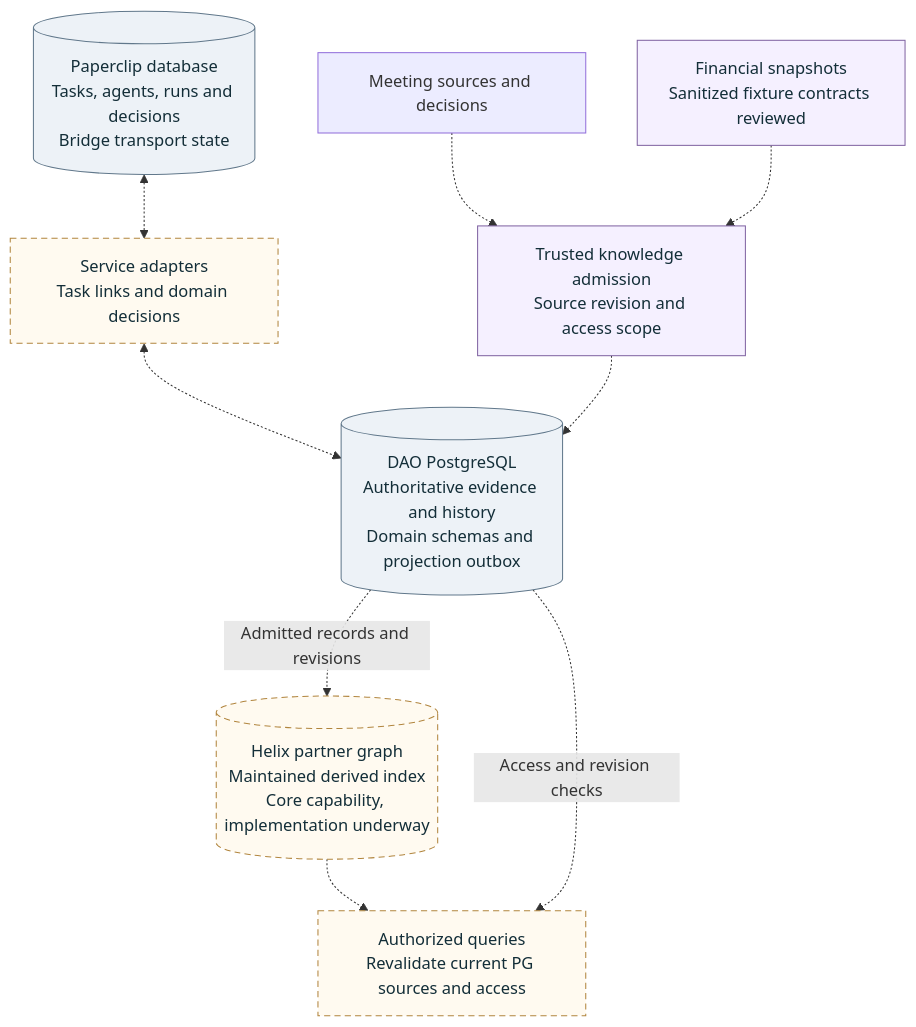
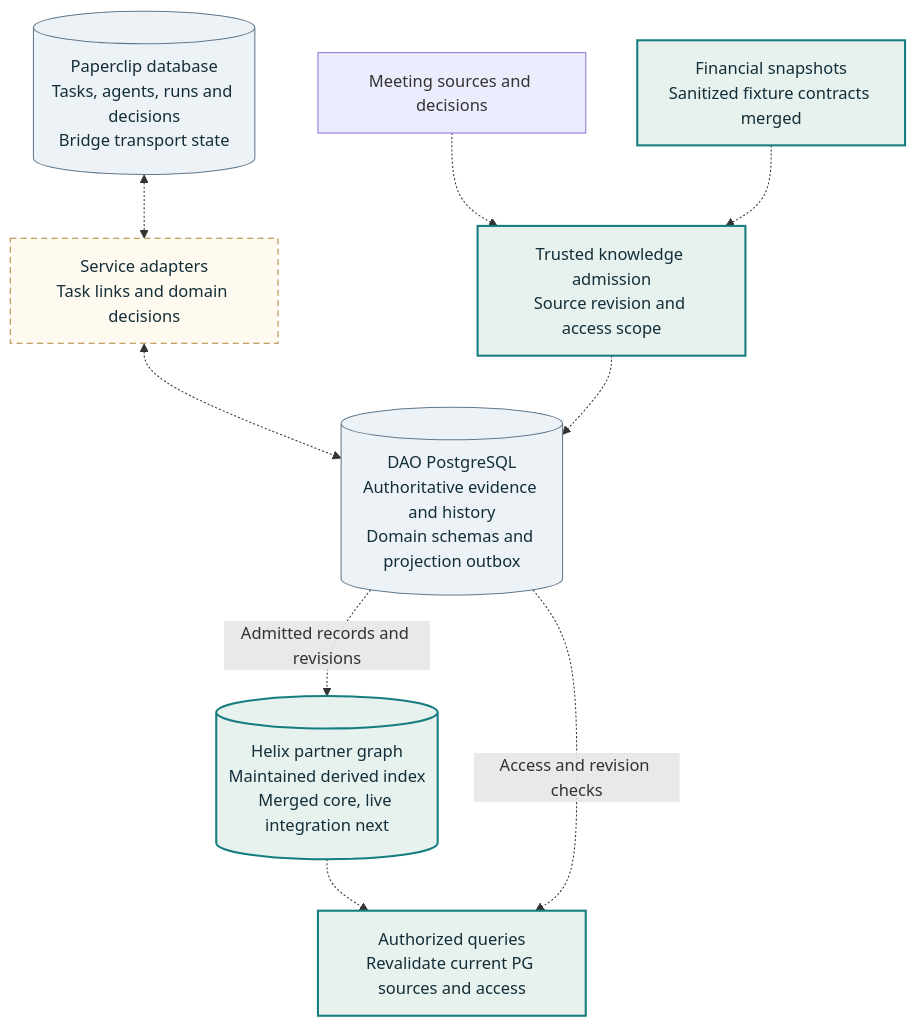
One commit to NetRxn/Inertia changed the diagram in docs/architecture/diagrams/data-ownership.mmd. Above: the diagram before and after it, drawn with Mermaid. The commit also changed 27 other files, not shown here.

Commit message:
docs: synchronize architecture and funding delivery status

```diff
--- a/docs/architecture/diagrams/data-ownership.mmd
+++ b/docs/architecture/diagrams/data-ownership.mmd
@@ -1,20 +1,20 @@
 flowchart TB
  PC[("Paperclip database<br/>Tasks, agents, runs and decisions<br/>Bridge transport state")]
  A["Service adapters<br/>Task links and domain decisions"]
  DAO[("DAO PostgreSQL<br/>Authoritative evidence and history<br/>Domain schemas and projection outbox")]
  PC <-.-> A
  A <-.-> DAO
  M["Meeting sources and decisions"] -.-> K["Trusted knowledge admission<br/>Source revision and access scope"]
- Q["Financial snapshots<br/>Sanitized fixture contracts reviewed"] -.-> K
+ Q["Financial snapshots<br/>Sanitized fixture contracts merged"] -.-> K
  K -.-> DAO
- DAO -.->|Admitted records and revisions| HX[("Helix partner graph<br/>Maintained derived index<br/>Core capability, implementation underway")]
+ DAO -.->|Admitted records and revisions| HX[("Helix partner graph<br/>Maintained derived index<br/>Merged core, live integration next")]
  HX -.-> C["Authorized queries<br/>Revalidate current PG sources and access"]
  DAO -.->|Access and revision checks| C
  class PC,DAO store
- class A,HX,C planned
- class K,Q reviewed
+ class A planned
+ class K,Q,HX,C core
 
  classDef core fill:#e7f1ee,stroke:#157d80,color:#132e38,stroke-width:2px
  classDef planned fill:#fffaf0,stroke:#b1853e,color:#132e38,stroke-dasharray:6 4
  classDef reviewed fill:#f5f0ff,stroke:#8064a2,color:#132e38
  classDef store fill:#edf2f7,stroke:#61788b,color:#132e38
```
